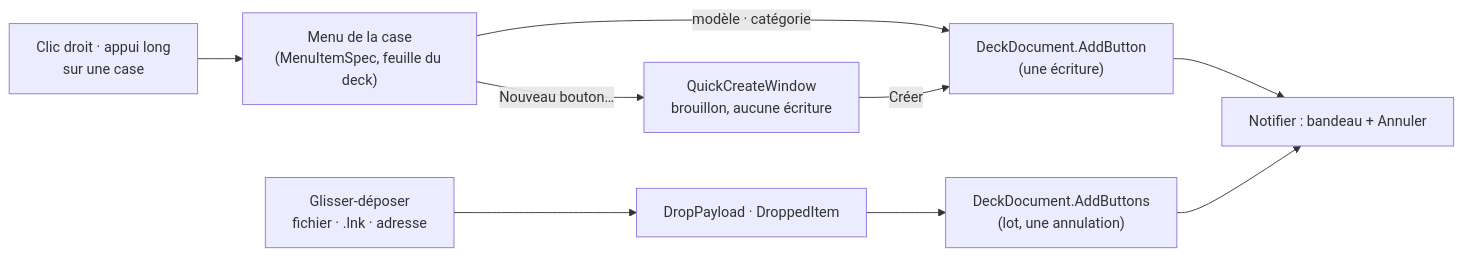
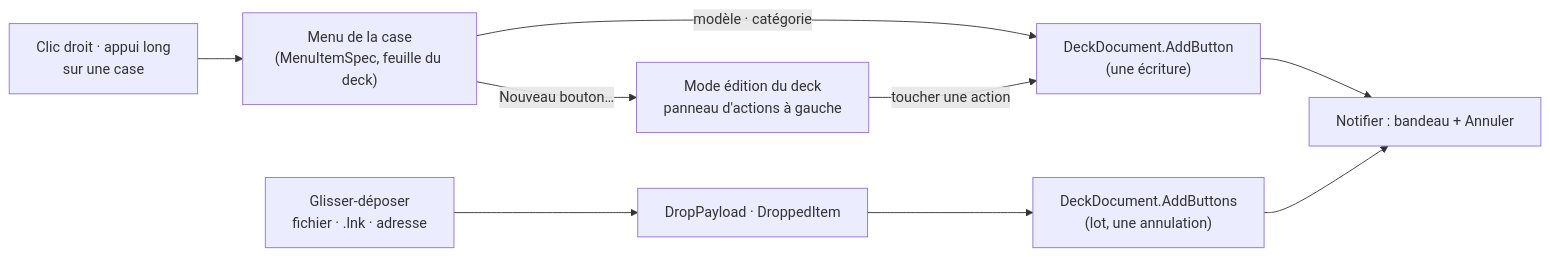
One commit to Dakire/StreamDeck changed the fourth of 4 diagrams in docs/ARCHITECTURE.md. Above: the diagram before and after it, drawn with Mermaid. The commit also changed other lines of this file and 33 other files, not shown here.

First line of the commit message:
feat(deck): édition sans fenêtre, dialogues dans le deck, toucher qui ne fige plus

````diff
--- a/docs/ARCHITECTURE.md
+++ b/docs/ARCHITECTURE.md
@@ -183,10 +182,10 @@
 ```mermaid
 flowchart LR
     G["Clic droit · appui long<br/>sur une case"] --> M["Menu de la case<br/>(MenuItemSpec, feuille du deck)"]
     M -- "modèle · catégorie" --> A["DeckDocument.AddButton<br/>(une écriture)"]
-    M -- "Nouveau bouton…" --> P["QuickCreateWindow<br/>brouillon, aucune écriture"]
-    P -- "Créer" --> A
+    M -- "Nouveau bouton…" --> P["Mode édition du deck<br/>panneau d'actions à gauche"]
+    P -- "toucher une action" --> A
     D["Glisser-déposer<br/>fichier · .lnk · adresse"] --> DP["DropPayload · DroppedItem"] --> B["DeckDocument.AddButtons<br/>(lot, une annulation)"]
     A --> N["Notifier : bandeau + Annuler"]
     B --> N
 ```
````
